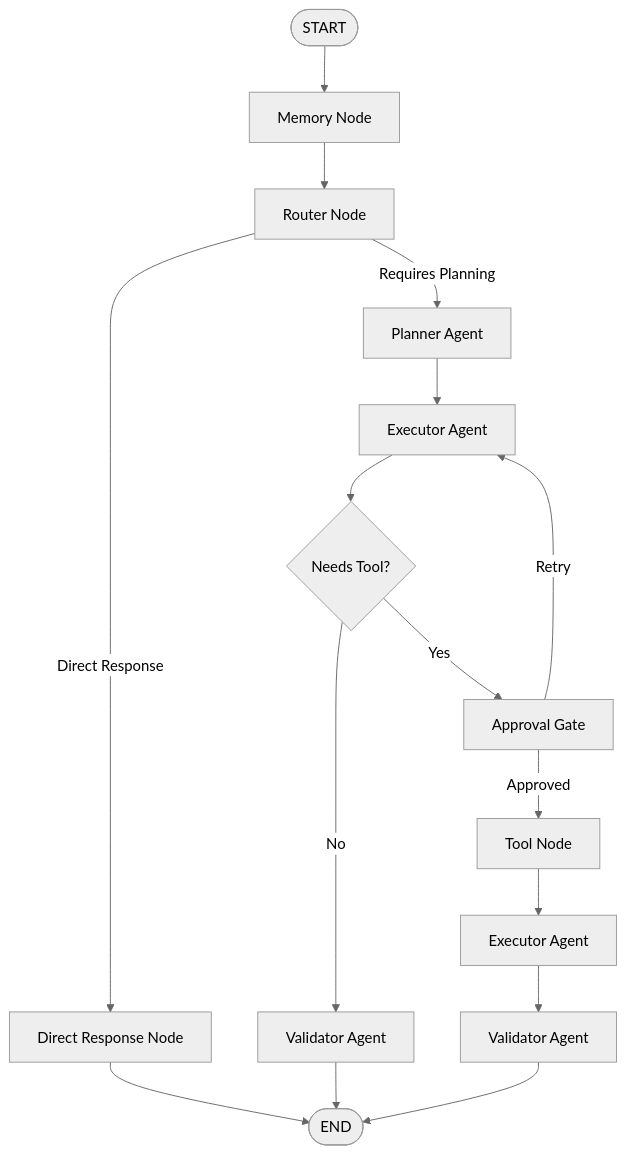
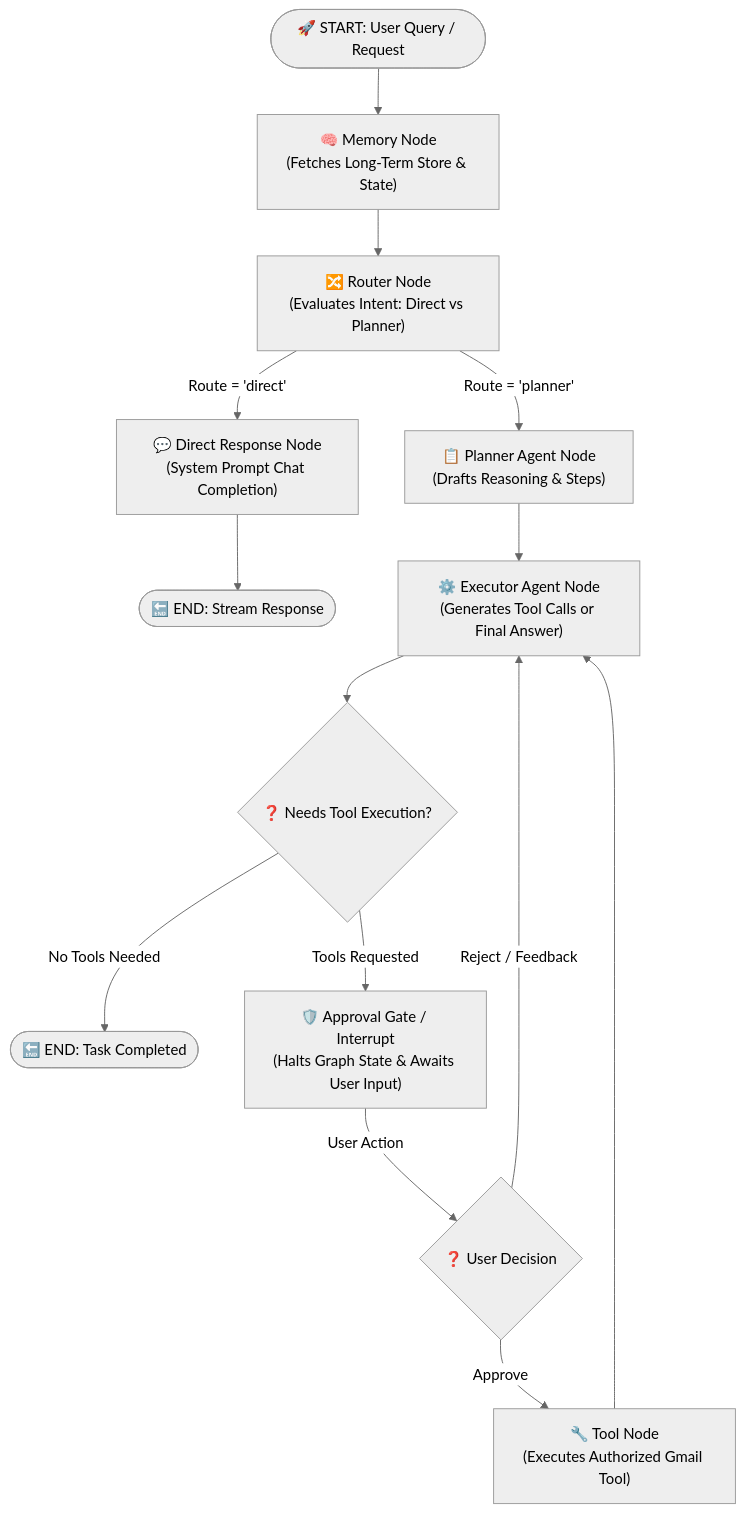
One commit to arunpunithkumar3-a11y/Inbox-Os changed the diagram in README.md. Above: the diagram before and after it, drawn with Mermaid (neutral theme). The commit also changed other lines of this file, not shown here.

````diff
--- a/README.md
+++ b/README.md
@@ -69,25 +57,24 @@
 ```mermaid
-graph TD
-    START([START]) --> MemoryNode[Memory Node]
-    MemoryNode --> RouterNode[Router Node]
+flowchart TD
+    START([🚀 START: User Query / Request]) --> MemoryNode["🧠 Memory Node\n(Fetches Long-Term Store & State)"]
+    MemoryNode --> RouterNode["🔀 Router Node\n(Evaluates Intent: Direct vs Planner)"]
 
-    RouterNode -->|Direct Response| DirectPath[Direct Response Node]
-    DirectPath --> END([END])
+    RouterNode -->|Route = 'direct'| DirectNode["💬 Direct Response Node\n(System Prompt Chat Completion)"]
+    DirectNode --> END1([🔚 END: Stream Response])
 
-    RouterNode -->|Requires Planning| PlannerAgent[Planner Agent]
-    PlannerAgent --> ExecutorAgent[Executor Agent]
+    RouterNode -->|Route = 'planner'| PlannerNode["📋 Planner Agent Node\n(Drafts Reasoning & Steps)"]
+    PlannerNode --> ExecutorNode["⚙️ Executor Agent Node\n(Generates Tool Calls or Final Answer)"]
 
-    ExecutorAgent --> NeedsTool{Needs Tool?}
+    ExecutorNode --> ToolsCondition{"❓ Needs Tool Execution?"}
 
-    NeedsTool -->|No| ValidatorAgent[Validator Agent]
-    ValidatorAgent --> END
+    ToolsCondition -->|No Tools Needed| END2([🔚 END: Task Completed])
 
-    NeedsTool -->|Yes| ApprovalGate[Approval Gate]
+    ToolsCondition -->|Tools Requested| ApprovalGate["🛡️ Approval Gate / Interrupt\n(Halts Graph State & Awaits User Input)"]
 
-    ApprovalGate -->|Approved| ToolNode[Tool Node]
-    ToolNode --> ExecutorAgent2[Executor Agent]
-    ExecutorAgent2 --> ValidatorAgent2[Validator Agent]
-    ValidatorAgent2 --> END
+    ApprovalGate -->|User Action| RouteAfterApproval{"❓ User Decision"}
 
-    ApprovalGate -->|Retry| ExecutorAgent
+    RouteAfterApproval -->|Approve| ToolNode["🔧 Tool Node\n(Executes Authorized Gmail Tool)"]
+    ToolNode --> ExecutorNode
+
+    RouteAfterApproval -->|Reject / Feedback| ExecutorNode
 ```
````
